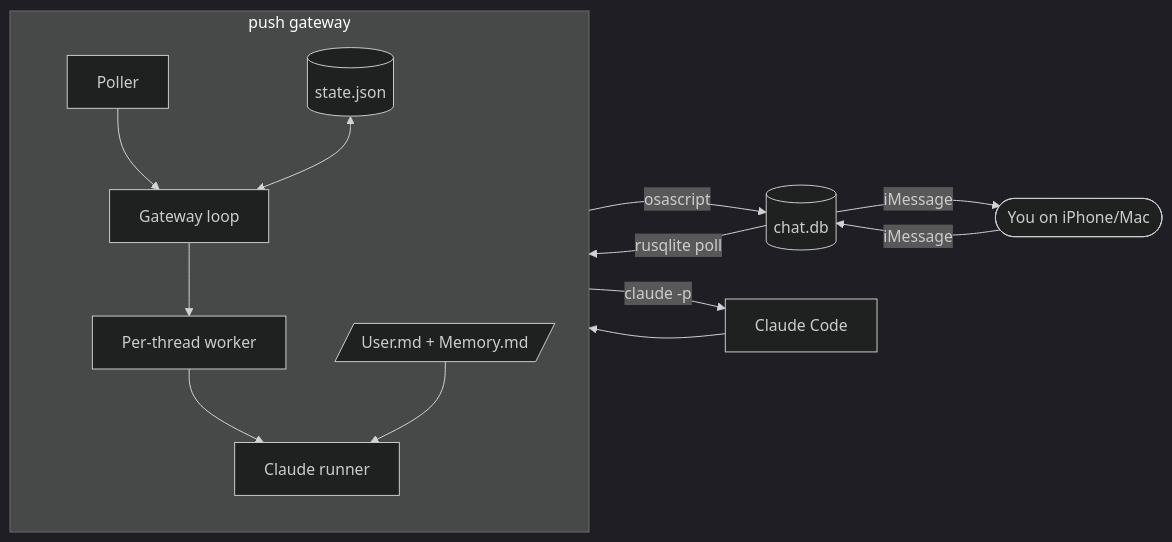
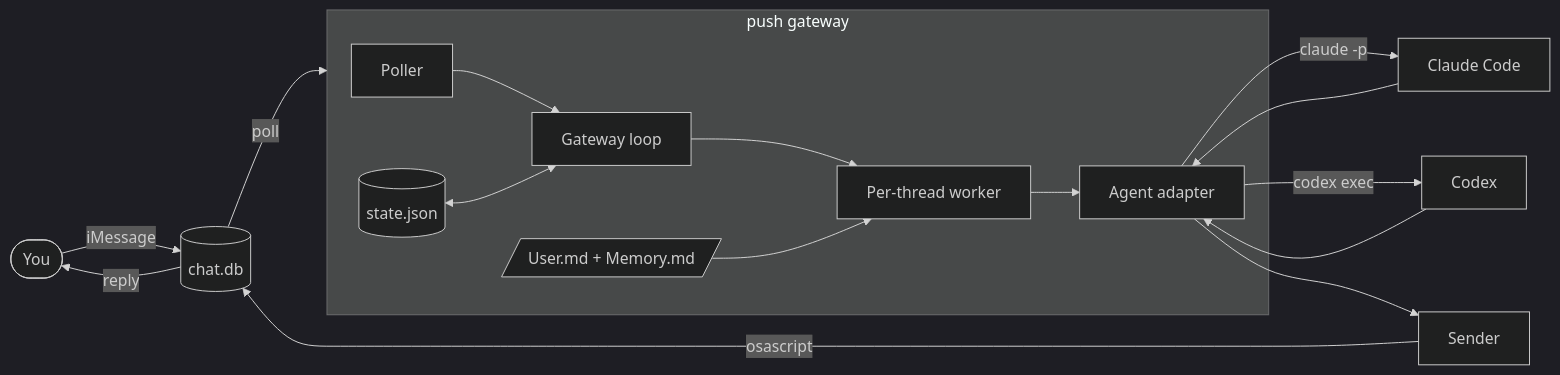
One commit to owainlewis/push changed the first of 2 diagrams in docs/architecture.md. Above: the diagram before and after it, drawn with Mermaid (dark theme). The commit also changed other lines of this file and 12 other files, not shown here.

````diff
--- a/docs/architecture.md
+++ b/docs/architecture.md
@@ -34,17 +53,19 @@
 ```mermaid
 flowchart LR
-    user([You on iPhone/Mac]) -->|iMessage| db[(chat.db)]
-    db -->|rusqlite poll| push
+    user([You]) -->|iMessage| db[(chat.db)]
+    db -->|poll| push
     subgraph push[push gateway]
-        direction TB
-        poller[Poller] --> loop[Gateway loop]
-        loop --> worker[Per-thread worker]
-        worker --> runner[Claude runner]
-        store[(state.json)] <--> loop
-        mem[/User.md + Memory.md/] --> runner
+        poller[Poller] --> gateway[Gateway loop]
+        gateway --> worker[Per-thread worker]
+        store[(state.json)] <--> gateway
+        memory[/User.md + Memory.md/] --> worker
+        worker --> adapter[Agent adapter]
     end
-    runner -->|claude -p| cc[Claude Code]
-    cc --> runner
-    worker -->|osascript| db
-    db -->|iMessage| user
+    adapter -->|claude -p| claude[Claude Code]
+    adapter -->|codex exec| codex[Codex]
+    claude --> adapter
+    codex --> adapter
+    adapter --> sender[Sender]
+    sender -->|osascript| db
+    db -->|reply| user
 ```
````
